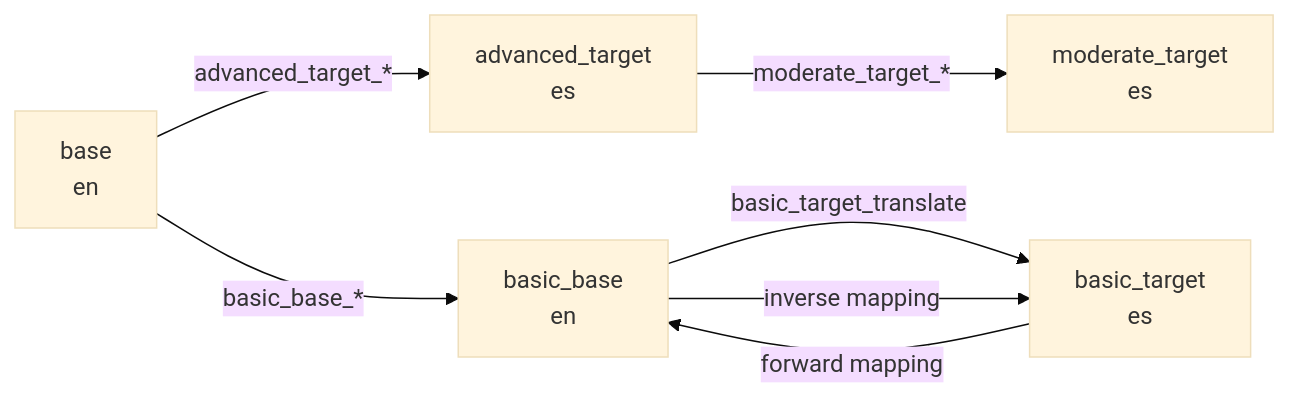
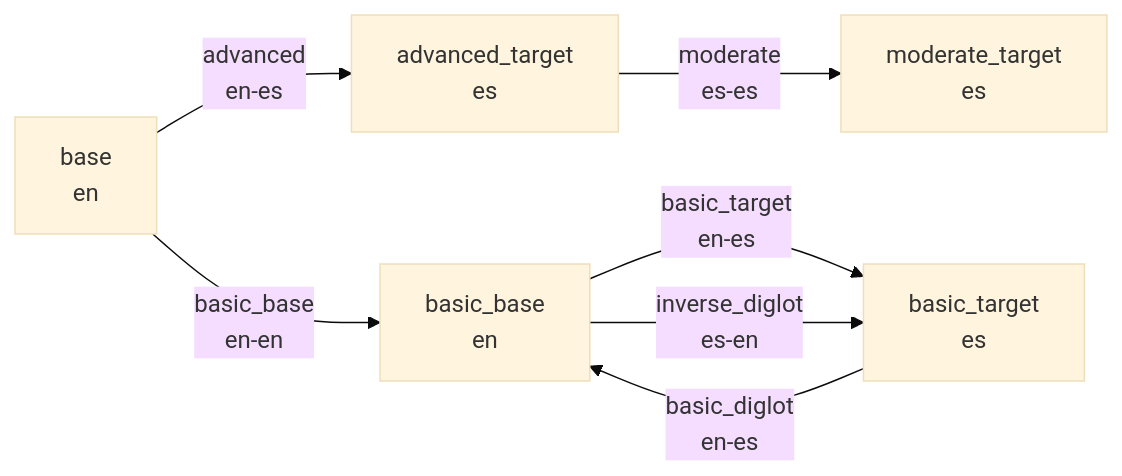
The fourth of 8 diagrams in documentation/Data_Flow_Diagrams.md (williamtbranch/weavelang), drawn with Mermaid (base theme) before and after one commit. The commit also changed other lines of this file and 58 other files, not shown here.

Commit message:
Restructure prompt flow assets and standardize prompt names

````diff
--- a/documentation/Data_Flow_Diagrams.md
+++ b/documentation/Data_Flow_Diagrams.md
@@ -97,16 +97,16 @@
 ```mermaid
 graph LR
     base[base<br/>en]
     adv[advanced_target<br/>es]
     mod[moderate_target<br/>es]
     btgt[basic_target<br/>es]
     bbas[basic_base<br/>en]
 
-    base -->|advanced_target_*| adv
-    adv -->|moderate_target_*| mod
-    base -->|basic_base_*| bbas
-    bbas -->|basic_target_translate| btgt
+    base -->|advanced<br/>en-es| adv
+    adv -->|moderate<br/>es-es| mod
+    base -->|basic_base<br/>en-en| bbas
+    bbas -->|basic_target<br/>en-es| btgt
 
-    btgt -->|forward mapping| bbas
-    bbas -->|inverse mapping| btgt
+    btgt -->|basic_diglot<br/>en-es| bbas
+    bbas -->|inverse_diglot<br/>es-en| btgt
 ```
````
